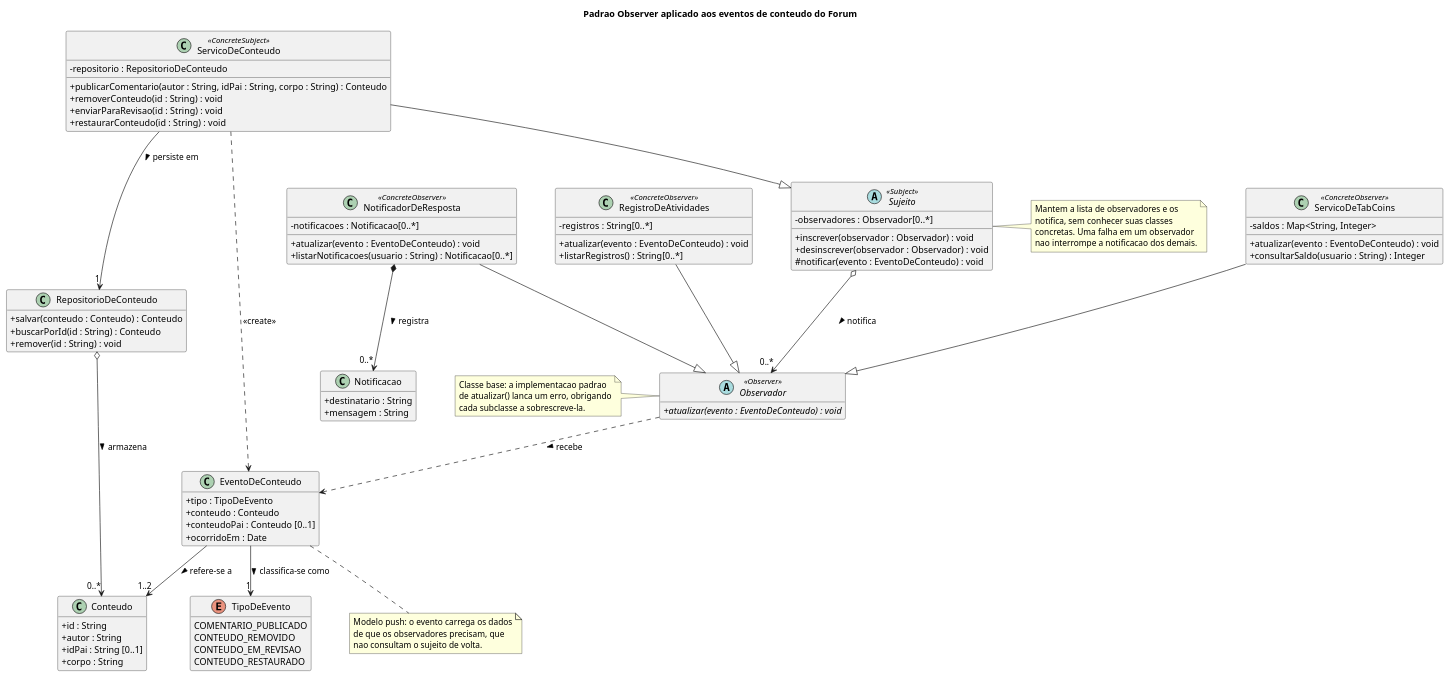
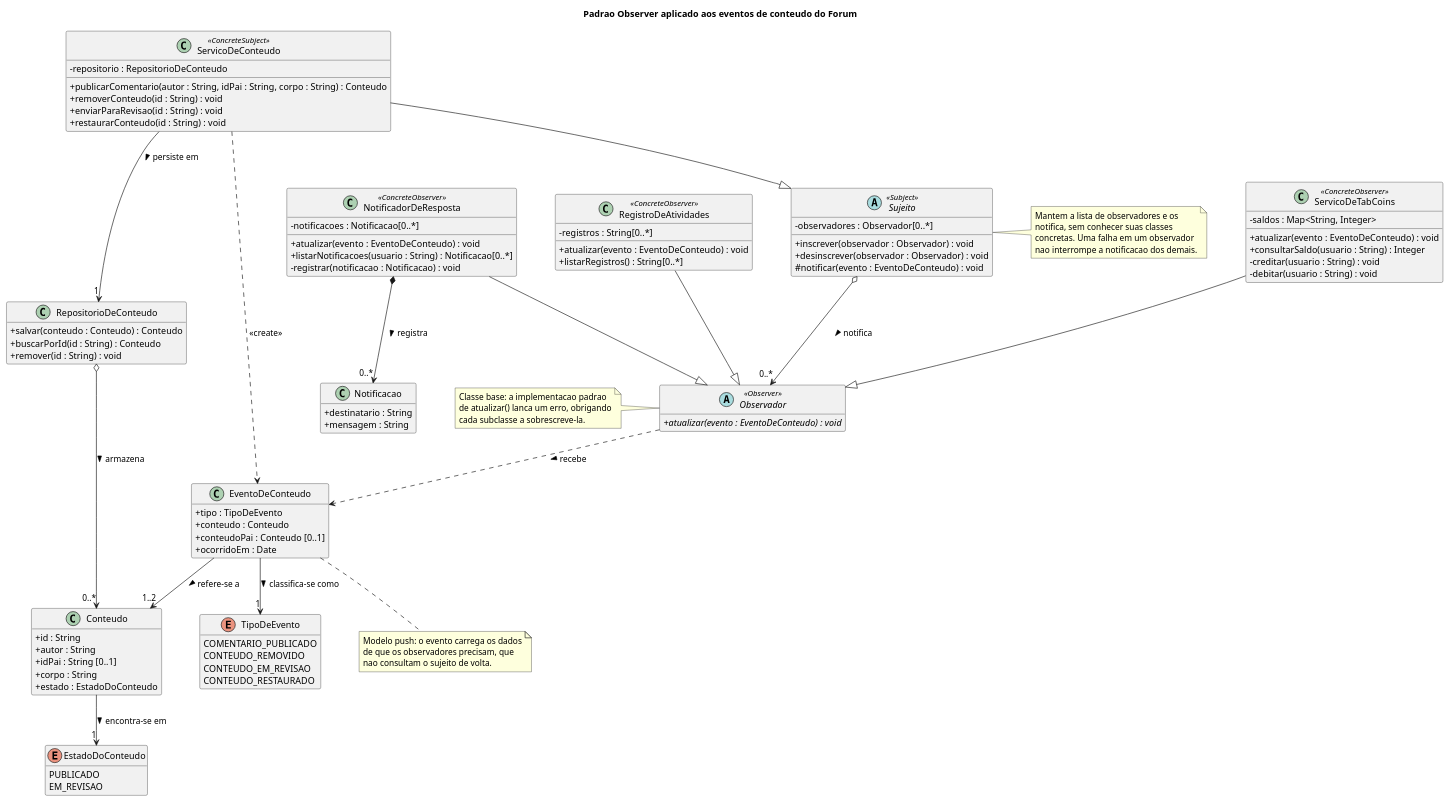
Before and after one commit to UnBArqDsw2026-2-Turma01/RepositorioTemplateEntrega3-TabNews-Forum: the first of 2 diagrams in docs/Base/Relatórios/SubEquipe03/modelagem.md, drawn with PlantUML. The commit also changed other lines of this file, not shown here.

Commit message:
docs: inclui o estado do conteúdo e as operações privadas no diagrama de classes - Leonardo Bonetti

```diff
--- a/docs/Base/Relatórios/SubEquipe03/modelagem.md
+++ b/docs/Base/Relatórios/SubEquipe03/modelagem.md
@@ -69,17 +69,19 @@
   - saldos : Map<String, Integer>
   + atualizar(evento : EventoDeConteudo) : void
   + consultarSaldo(usuario : String) : Integer
+  - creditar(usuario : String) : void
+  - debitar(usuario : String) : void
 }
 
 class NotificadorDeResposta <<ConcreteObserver>> {
   - notificacoes : Notificacao[0..*]
   + atualizar(evento : EventoDeConteudo) : void
   + listarNotificacoes(usuario : String) : Notificacao[0..*]
+  - registrar(notificacao : Notificacao) : void
 }
 
 class RegistroDeAtividades <<ConcreteObserver>> {
-- registros : String[0..*]
-
+  - registros : String[0..*]
   + atualizar(evento : EventoDeConteudo) : void
   + listarRegistros() : String[0..*]
 }
@@ -103,6 +105,12 @@
   + autor : String
   + idPai : String [0..1]
   + corpo : String
+  + estado : EstadoDoConteudo
+}
+
+enum EstadoDoConteudo {
+  PUBLICADO
+  EM_REVISAO
 }
 
 class RepositorioDeConteudo {
@@ -128,6 +136,7 @@
 Observador ..> EventoDeConteudo : recebe >
 EventoDeConteudo --> "1" TipoDeEvento : classifica-se como >
 EventoDeConteudo --> "1..2" Conteudo : refere-se a >
+Conteudo --> "1" EstadoDoConteudo : encontra-se em >
 NotificadorDeResposta *--> "0..*" Notificacao : registra >
 
 note right of Sujeito
```
